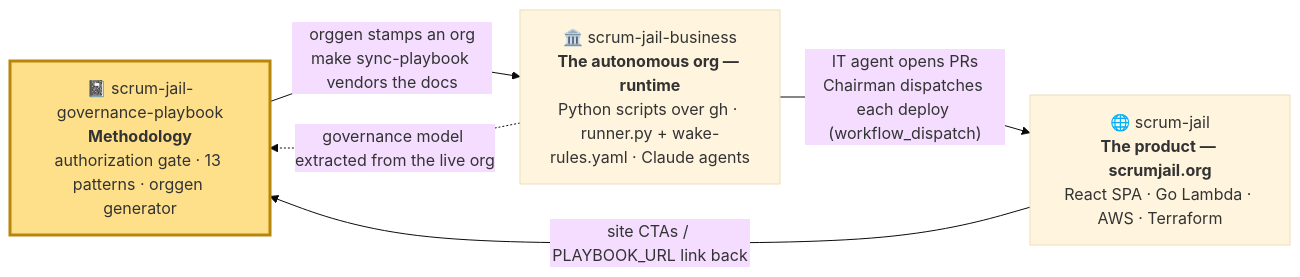
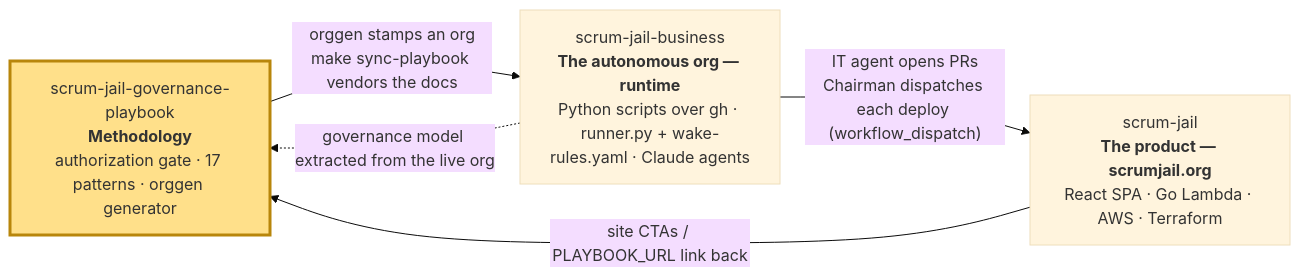
The first of 10 diagrams in docs/ARCHITECTURE.md (johnplantada/scrum-jail-governance-playbook), drawn with Mermaid (base theme) before and after one commit. The commit also changed other lines of this file and 16 other files, not shown here.

````diff
--- a/docs/ARCHITECTURE.md
+++ b/docs/ARCHITECTURE.md
@@ -24,13 +24,13 @@
 ```mermaid
 flowchart LR
-    GP["📓 scrum-jail-governance-playbook<br/><b>Methodology</b><br/>authorization gate · 13 patterns · orggen generator"]
-    BIZ["🏛️ scrum-jail-business<br/><b>The autonomous org — runtime</b><br/>Python scripts over gh · runner.py + wake-rules.yaml · Claude agents"]
-    PROD["🌐 scrum-jail<br/><b>The product — scrumjail.org</b><br/>React SPA · Go Lambda · AWS · Terraform"]
+    GP["scrum-jail-governance-playbook<br/><b>Methodology</b><br/>authorization gate · 17 patterns · orggen generator"]
+    BIZ["scrum-jail-business<br/><b>The autonomous org — runtime</b><br/>Python scripts over gh · runner.py + wake-rules.yaml · Claude agents"]
+    PROD["scrum-jail<br/><b>The product — scrumjail.org</b><br/>React SPA · Go Lambda · AWS · Terraform"]
 
     GP -->|"orggen stamps an org<br/>make sync-playbook vendors the docs"| BIZ
     BIZ -->|"IT agent opens PRs<br/>Chairman dispatches each deploy (workflow_dispatch)"| PROD
     PROD -->|"site CTAs / PLAYBOOK_URL link back"| GP
     BIZ -.->|"governance model extracted from the live org"| GP
 
     style GP fill:#ffe08a,stroke:#b8860b,stroke-width:3px
 ```
````
